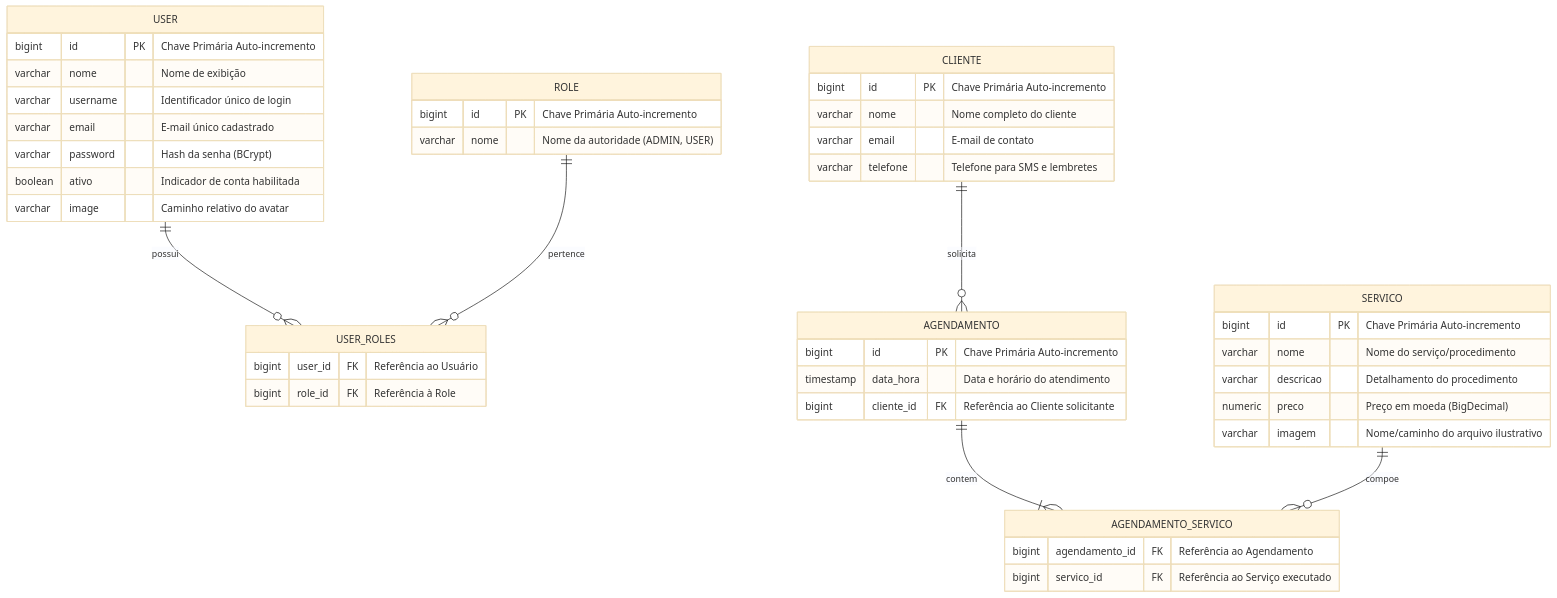
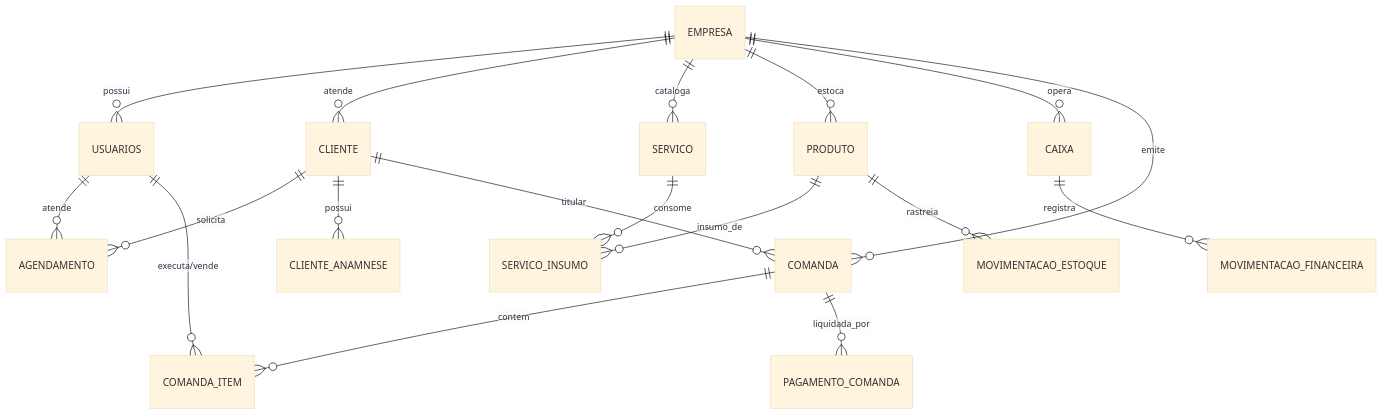
Before and after one commit to BioCamargo/beautysalon-saas: the diagram in docs/BANCO_DE_DADOS.md, drawn with Mermaid (base theme). The commit also changed other lines of this file and 51 other files, not shown here.

````diff
--- a/docs/BANCO_DE_DADOS.md
+++ b/docs/BANCO_DE_DADOS.md
@@ -37,54 +41,25 @@
 ```mermaid
 erDiagram
-    USER ||--o{ USER_ROLES : "possui"
-    ROLE ||--o{ USER_ROLES : "pertence"
+    EMPRESA ||--o{ USUARIOS : "possui"
+    EMPRESA ||--o{ CLIENTE : "atende"
+    EMPRESA ||--o{ SERVICO : "cataloga"
+    EMPRESA ||--o{ PRODUTO : "estoca"
+    EMPRESA ||--o{ CAIXA : "opera"
+    EMPRESA ||--o{ COMANDA : "emite"
+
     CLIENTE ||--o{ AGENDAMENTO : "solicita"
-    AGENDAMENTO ||--|{ AGENDAMENTO_SERVICO : "contem"
-    SERVICO ||--o{ AGENDAMENTO_SERVICO : "compoe"
+    CLIENTE ||--o{ CLIENTE_ANAMNESE : "possui"
+    CLIENTE ||--o{ COMANDA : "titular"
 
-    USER {
-        bigint id PK "Chave Primária Auto-incremento"
-        varchar nome "Nome de exibição"
-        varchar username "Identificador único de login"
-        varchar email "E-mail único cadastrado"
-        varchar password "Hash da senha (BCrypt)"
-        boolean ativo "Indicador de conta habilitada"
-        varchar image "Caminho relativo do avatar"
-    }
+    USUARIOS ||--o{ AGENDAMENTO : "atende"
+    USUARIOS ||--o{ COMANDA_ITEM : "executa/vende"
 
-    ROLE {
-        bigint id PK "Chave Primária Auto-incremento"
-        varchar nome "Nome da autoridade (ADMIN, USER)"
-    }
+    COMANDA ||--o{ COMANDA_ITEM : "contem"
+    COMANDA ||--o{ PAGAMENTO_COMANDA : "liquidada_por"
 
-    USER_ROLES {
-        bigint user_id FK "Referência ao Usuário"
-        bigint role_id FK "Referência à Role"
-    }
+    SERVICO ||--o{ SERVICO_INSUMO : "consome"
+    PRODUTO ||--o{ SERVICO_INSUMO : "insumo_de"
+    PRODUTO ||--o{ MOVIMENTACAO_ESTOQUE : "rastreia"
 
-    CLIENTE {
-        bigint id PK "Chave Primária Auto-incremento"
-        varchar nome "Nome completo do cliente"
-        varchar email "E-mail de contato"
-        varchar telefone "Telefone para SMS e lembretes"
-    }
-
-    SERVICO {
-        bigint id PK "Chave Primária Auto-incremento"
-        varchar nome "Nome do serviço/procedimento"
-        varchar descricao "Detalhamento do procedimento"
-        numeric preco "Preço em moeda (BigDecimal)"
-        varchar imagem "Nome/caminho do arquivo ilustrativo"
-    }
-
-    AGENDAMENTO {
-        bigint id PK "Chave Primária Auto-incremento"
-        timestamp data_hora "Data e horário do atendimento"
-        bigint cliente_id FK "Referência ao Cliente solicitante"
-    }
-
-    AGENDAMENTO_SERVICO {
-        bigint agendamento_id FK "Referência ao Agendamento"
-        bigint servico_id FK "Referência ao Serviço executado"
-    }
+    CAIXA ||--o{ MOVIMENTACAO_FINANCEIRA : "registra"
 ```
````
